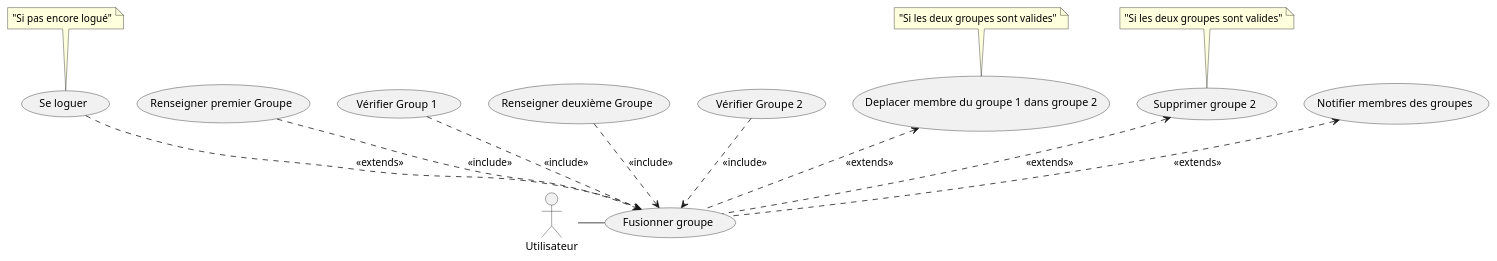
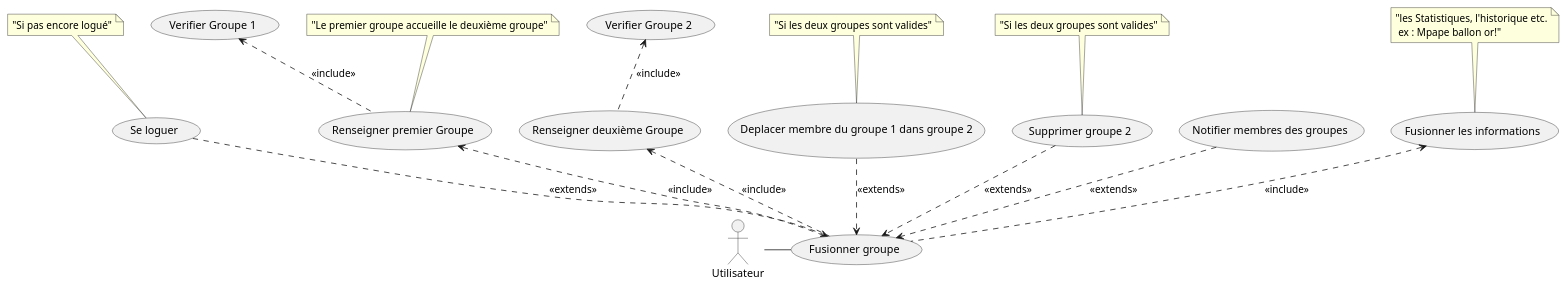
Before and after one commit to clementfvrl/projet_linux: the diagram in docs/use_cases/FusionGroupe.puml, drawn with PlantUML. The commit also changed 10 other files, not shown here.

```diff
--- a/docs/use_cases/FusionGroupe.puml
+++ b/docs/use_cases/FusionGroupe.puml
@@ -2,21 +2,36 @@
 @startuml
 actor Utilisateur as User
 top to bottom direction
+usecase (Se loguer)
+usecase (Renseigner premier Groupe)
+usecase (Verifier Groupe 1)
+usecase (Renseigner deuxième Groupe)
 usecase (Fusionner groupe) as create
+usecase (Verifier Groupe 2)
+usecase (Deplacer membre du groupe 1 dans groupe 2)
+usecase (Supprimer groupe 2)
+usecase (Notifier membres des groupes)
+usecase (Fusionner les informations)
 :User: -right- create
 
+note top of  (Se loguer) : "Si pas encore logué"
 (Se loguer) ..> create : << extends >> 
 
-note top of  (Se loguer) : "Si pas encore logué"
+note top of  (Renseigner premier Groupe) : "Le premier groupe accueille le deuxième groupe" 
+(Renseigner premier Groupe) <.. create : << include >>
 
-(Renseigner premier Groupe) ..> create : << include >>
-(Vérifier Group 1) ..> create : << include >>
-(Renseigner deuxième Groupe) ..> create : << include >>
-(Vérifier Groupe 2) ..> create : << include >>
-(Deplacer membre du groupe 1 dans groupe 2) <.. create : << extends >>
+(Verifier Groupe 1) <.. (Renseigner premier Groupe) : << include >>
+(Renseigner deuxième Groupe) <.. create : << include >>
+
+(Verifier Groupe 2) <.. (Renseigner deuxième Groupe) : << include >>
+
 note top of  (Deplacer membre du groupe 1 dans groupe 2) : "Si les deux groupes sont valides"
-(Supprimer groupe 2) <.. create : << extends >>
+(Deplacer membre du groupe 1 dans groupe 2) ..> create : << extends >>
+
+(Supprimer groupe 2) ..> create : << extends >>
 note top of  (Supprimer groupe 2) : "Si les deux groupes sont valides"
-(Notifier membres des groupes) <.. create : << extends >>
+(Notifier membres des groupes) ..> create : << extends >>
+note top of  (Fusionner les informations) : "les Statistiques, l'historique etc.\n ex : Mpape ballon or!"
+(Fusionner les informations) <.. create : << include >>
 
 @enduml
```
